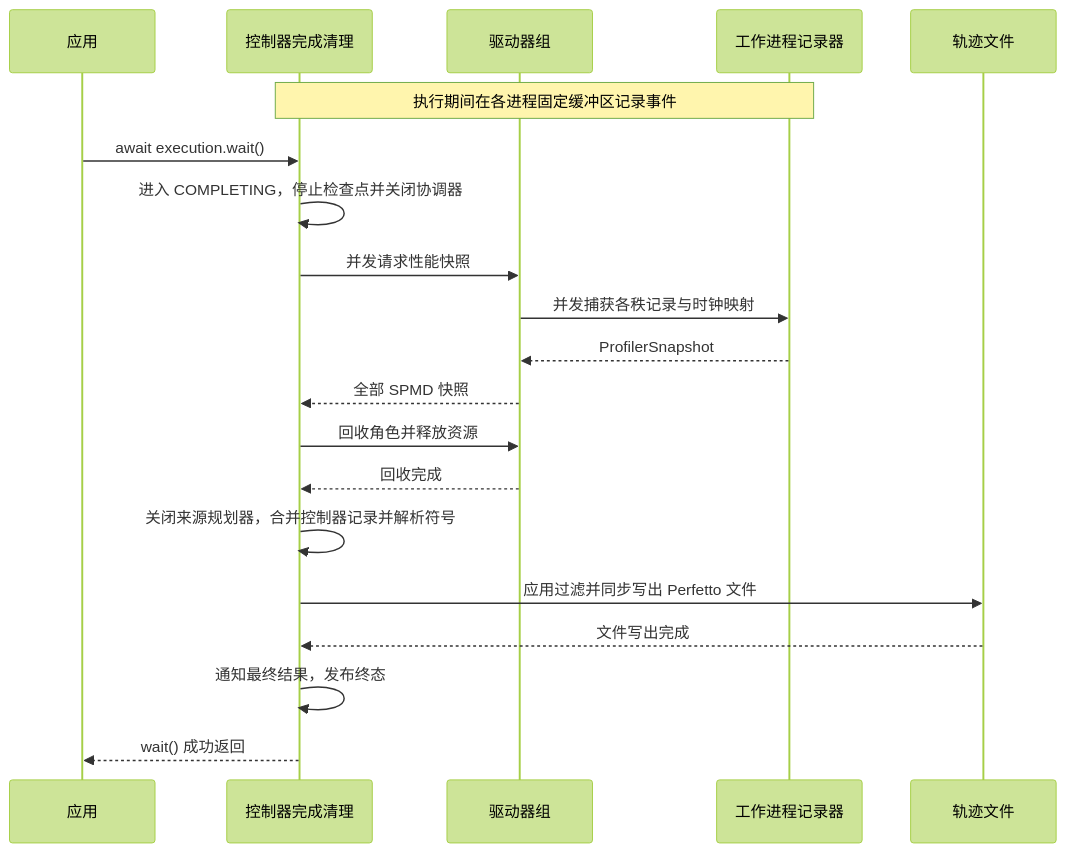
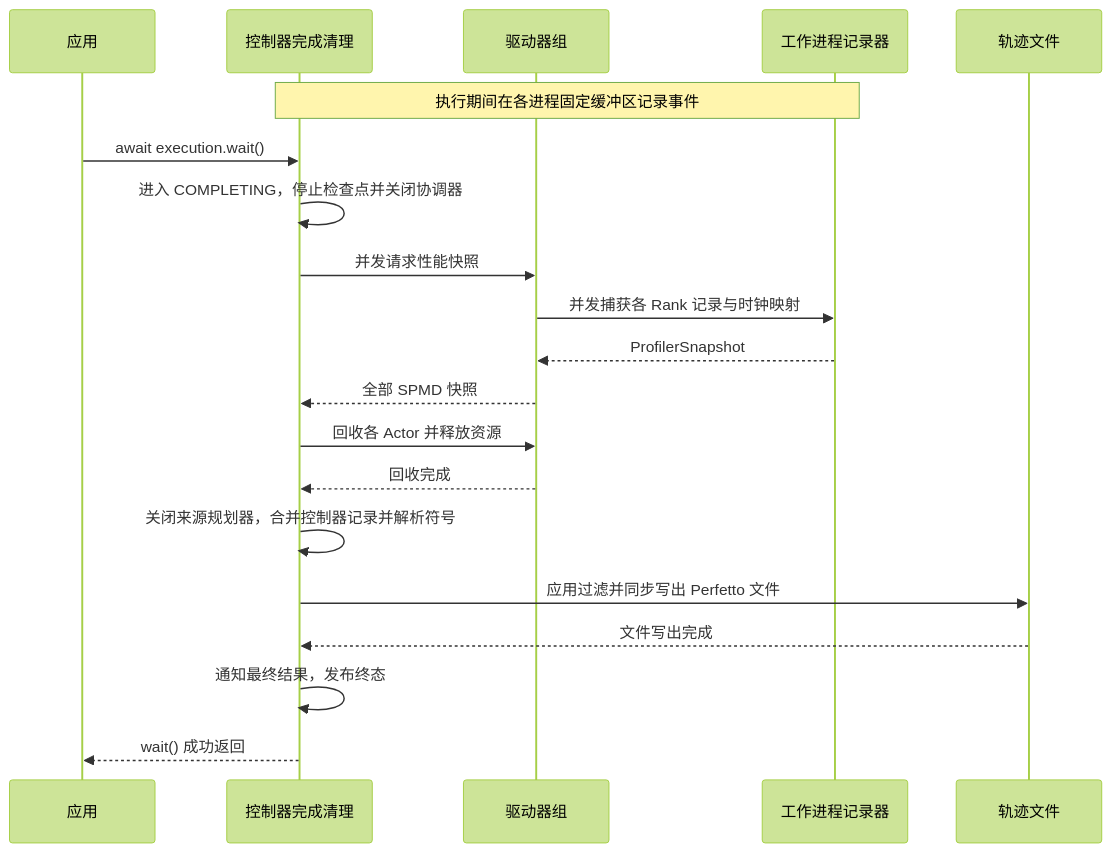
Before and after one commit to diaosj/fluxway: the diagram in docs/user_profiler_zh.md, drawn with Mermaid (forest theme). The commit also changed other lines of this file and 9 other files, not shown here.

Commit message:
[Docs] Add user profiler and graph visualization documentation with examples and assets.

````diff
--- a/docs/user_profiler_zh.md
+++ b/docs/user_profiler_zh.md
@@ -99,22 +106,22 @@
 ```mermaid
 sequenceDiagram
     participant A as 应用
     participant C as 控制器完成清理
     participant D as 驱动器组
     participant W as 工作进程记录器
     participant F as 轨迹文件
     Note over C,W: 执行期间在各进程固定缓冲区记录事件
     A->>C: await execution.wait()
     C->>C: 进入 COMPLETING，停止检查点并关闭协调器
     C->>D: 并发请求性能快照
-    D->>W: 并发捕获各秩记录与时钟映射
+    D->>W: 并发捕获各 Rank 记录与时钟映射
     W-->>D: ProfilerSnapshot
     D-->>C: 全部 SPMD 快照
-    C->>D: 回收角色并释放资源
+    C->>D: 回收各 Actor 并释放资源
     D-->>C: 回收完成
     C->>C: 关闭来源规划器，合并控制器记录并解析符号
     C->>F: 应用过滤并同步写出 Perfetto 文件
     F-->>C: 文件写出完成
     C->>C: 通知最终结果，发布终态
     C-->>A: wait() 成功返回
 ```
````
